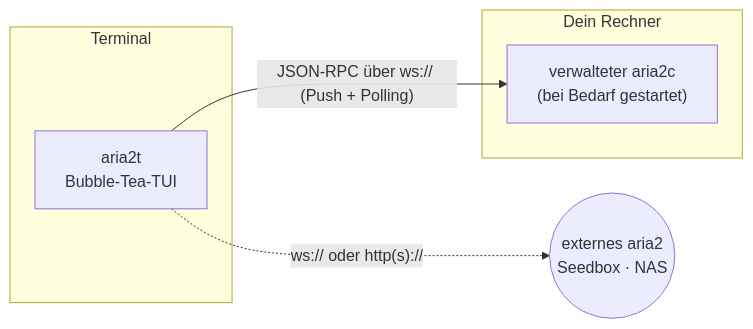
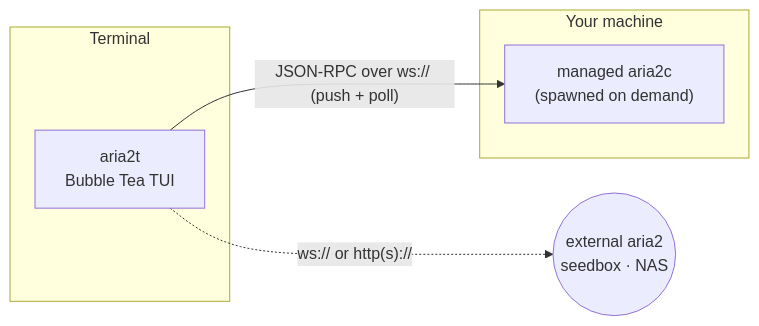
Before and after one commit to c0nn3ct-info/aria2t: the diagram in README.de.md, drawn with Mermaid. The commit also changed other lines of this file and 5 other files, not shown here.

````diff
--- a/README.de.md
+++ b/README.de.md
@@ -42,13 +29,13 @@
 ```mermaid
 flowchart LR
     subgraph Terminal
-      UI["aria2t<br/>Bubble-Tea-TUI"]
+      UI["aria2t<br/>Bubble Tea TUI"]
     end
-    subgraph Machine["Dein Rechner"]
-      D["verwalteter aria2c<br/>(bei Bedarf gestartet)"]
+    subgraph Machine["Your machine"]
+      D["managed aria2c<br/>(spawned on demand)"]
     end
-    R(("externes aria2<br/>Seedbox · NAS"))
+    R(("external aria2<br/>seedbox · NAS"))
 
-    UI -- "JSON-RPC über ws:// (Push + Polling)" --> D
-    UI -. "ws:// oder http(s)://" .-> R
+    UI -- "JSON-RPC over ws:// (push + poll)" --> D
+    UI -. "ws:// or http(s)://" .-> R
 ```
````
